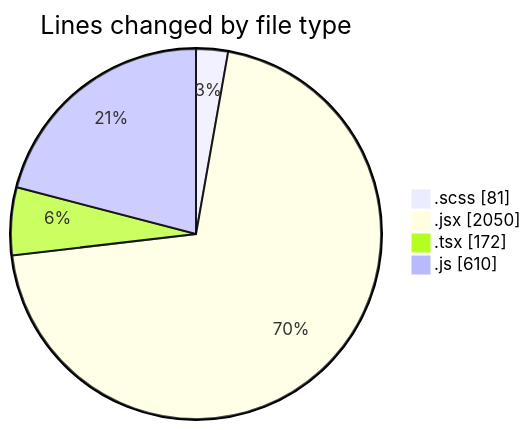
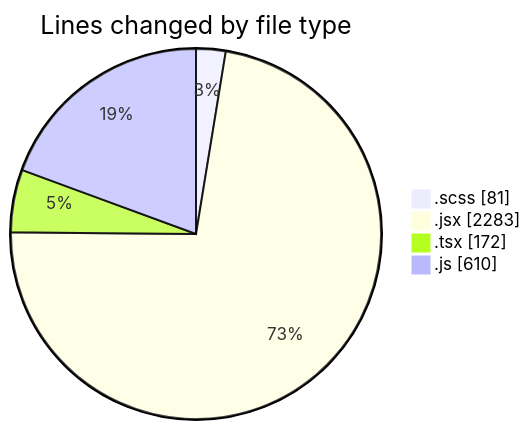
The first of 2 diagrams in 2025-06-03/cda/README.md (momahboobian/code-tracking), drawn with Mermaid before and after one commit. The commit also changed other lines of this file and 1 other file, not shown here.

````diff
--- a/2025-06-03/cda/README.md
+++ b/2025-06-03/cda/README.md
@@ -26,8 +27,8 @@
 ```mermaid
 pie showData
 title Lines changed by file type
 ".scss" : 81
-".jsx" : 2050
+".jsx" : 2283
 ".tsx" : 172
 ".js" : 610
 ```
````
